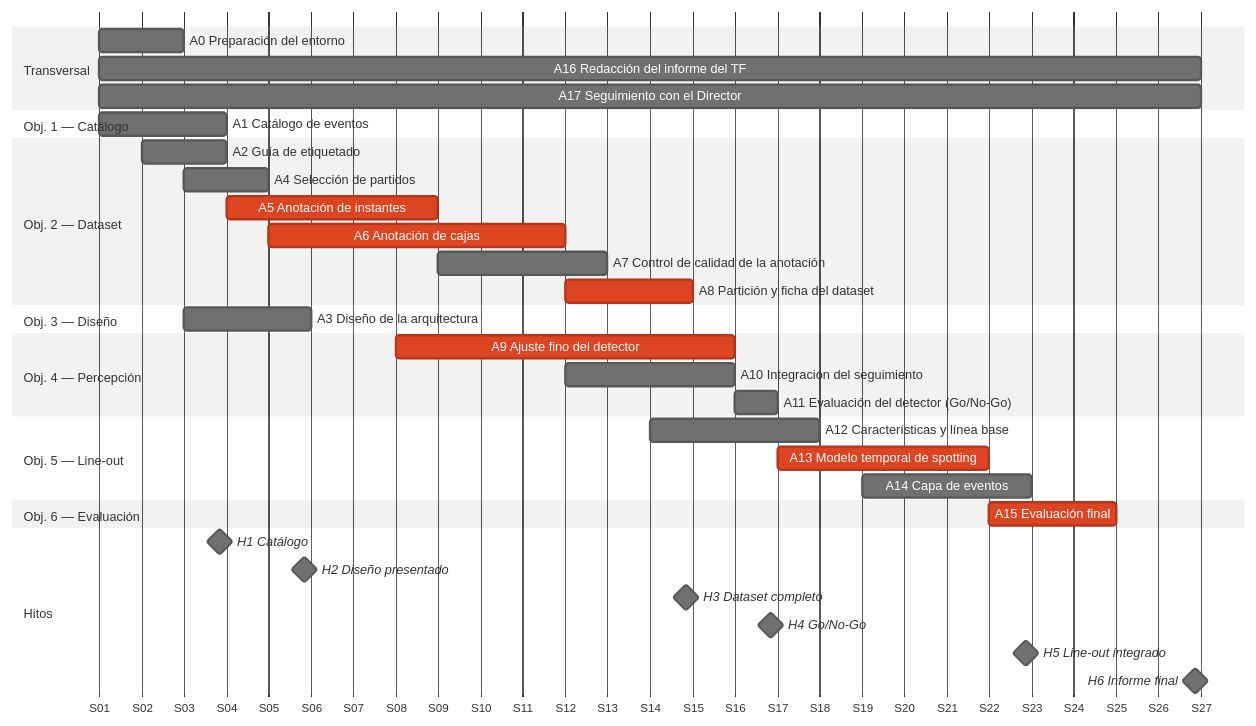
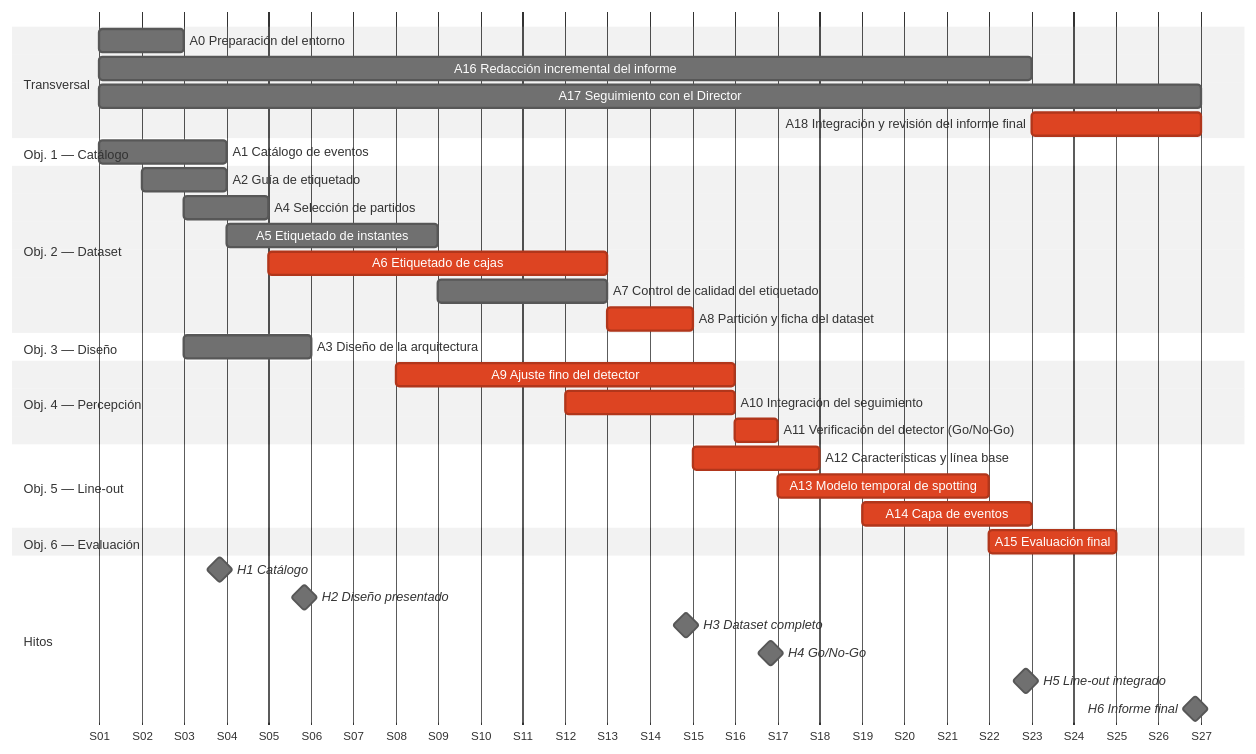
Before and after one commit to Choolito/final-project-abarca: the diagram in docs/anteproyecto/08_cronograma.md, drawn with Mermaid (neutral theme). The commit also changed other lines of this file and 1 other file, not shown here.

First line of the commit message:
docs: ajustar el cronograma según la revisión integral (#30)

````diff
--- a/docs/anteproyecto/08_cronograma.md
+++ b/docs/anteproyecto/08_cronograma.md
@@ -50,39 +52,40 @@
 ```mermaid
 gantt
     dateFormat YYYY-MM-DD
     axisFormat S%W
     tickInterval 1week
     weekday monday
     section Transversal
     A0 Preparación del entorno : a0, 2024-01-01, 14d
-    A16 Redacción del informe del TF : a16, 2024-01-01, 182d
+    A16 Redacción incremental del informe : a16, 2024-01-01, 154d
     A17 Seguimiento con el Director : a17, 2024-01-01, 182d
+    A18 Integración y revisión del informe final : crit, a18, 2024-06-03, 28d
     section Obj. 1 — Catálogo
     A1 Catálogo de eventos : a1, 2024-01-01, 21d
     section Obj. 2 — Dataset
     A2 Guía de etiquetado : a2, 2024-01-08, 14d
     A4 Selección de partidos : a4, 2024-01-15, 14d
-    A5 Anotación de instantes : crit, a5, 2024-01-22, 35d
-    A6 Anotación de cajas : crit, a6, 2024-01-29, 49d
-    A7 Control de calidad de la anotación : a7, 2024-02-26, 28d
-    A8 Partición y ficha del dataset : crit, a8, 2024-03-18, 21d
+    A5 Etiquetado de instantes : a5, 2024-01-22, 35d
+    A6 Etiquetado de cajas : crit, a6, 2024-01-29, 56d
+    A7 Control de calidad del etiquetado : a7, 2024-02-26, 28d
+    A8 Partición y ficha del dataset : crit, a8, 2024-03-25, 14d
     section Obj. 3 — Diseño
     A3 Diseño de la arquitectura : a3, 2024-01-15, 21d
     section Obj. 4 — Percepción
     A9 Ajuste fino del detector : crit, a9, 2024-02-19, 56d
-    A10 Integración del seguimiento : a10, 2024-03-18, 28d
-    A11 Evaluación del detector (Go/No-Go) : a11, 2024-04-15, 7d
+    A10 Integración del seguimiento : crit, a10, 2024-03-18, 28d
+    A11 Verificación del detector (Go/No-Go) : crit, a11, 2024-04-15, 7d
     section Obj. 5 — Line-out
-    A12 Características y línea base : a12, 2024-04-01, 28d
+    A12 Características y línea base : crit, a12, 2024-04-08, 21d
     A13 Modelo temporal de spotting : crit, a13, 2024-04-22, 35d
-    A14 Capa de eventos : a14, 2024-05-06, 28d
+    A14 Capa de eventos : crit, a14, 2024-05-06, 28d
     section Obj. 6 — Evaluación
     A15 Evaluación final : crit, a15, 2024-05-27, 21d
     section Hitos
     H1 Catálogo : milestone, 2024-01-21, 0d
     H2 Diseño presentado : milestone, 2024-02-04, 0d
     H3 Dataset completo : milestone, 2024-04-07, 0d
     H4 Go/No-Go : milestone, 2024-04-21, 0d
     H5 Line-out integrado : milestone, 2024-06-02, 0d
     H6 Informe final : milestone, 2024-06-30, 0d
 ```
````
